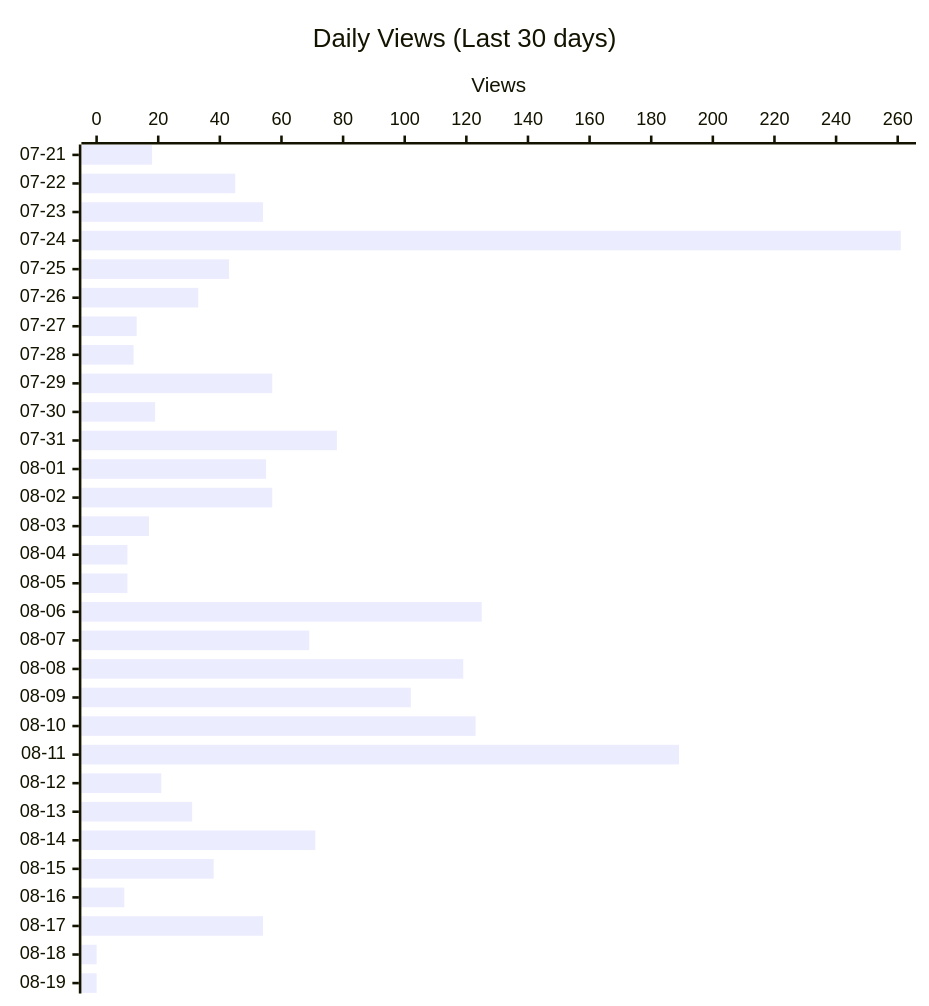
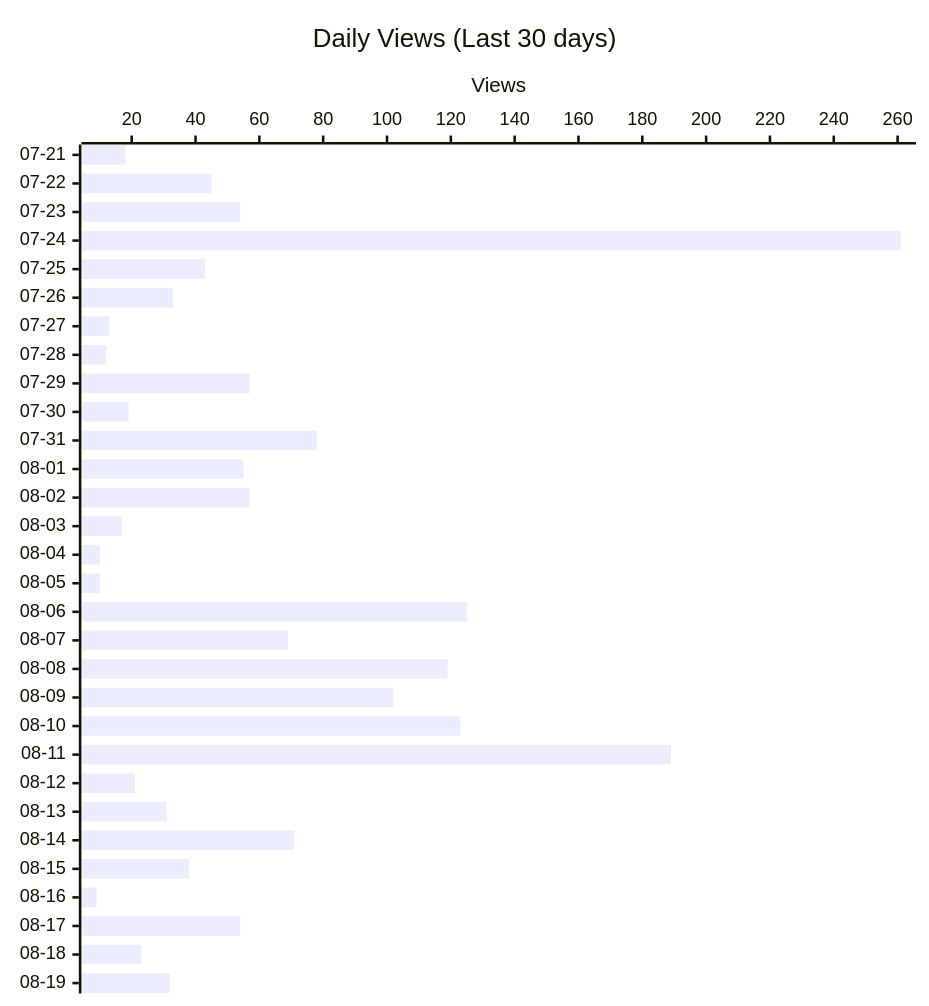
The second of 4 diagrams in README.md (shigechika/github-insights), drawn with Mermaid before and after one commit. The commit also changed other lines of this file and 2 other files, not shown here.

````diff
--- a/README.md
+++ b/README.md
@@ -28,12 +28,12 @@
 ```mermaid
 ---
 config:
   xyChart:
     height: 760
 ---
 xychart-beta horizontal
     title "Daily Views (Last 30 days)"
     x-axis ["07-21", "07-22", "07-23", "07-24", "07-25", "07-26", "07-27", "07-28", "07-29", "07-30", "07-31", "08-01", "08-02", "08-03", "08-04", "08-05", "08-06", "08-07", "08-08", "08-09", "08-10", "08-11", "08-12", "08-13", "08-14", "08-15", "08-16", "08-17", "08-18", "08-19"]
     y-axis "Views"
-    bar [18, 45, 54, 261, 43, 33, 13, 12, 57, 19, 78, 55, 57, 17, 10, 10, 125, 69, 119, 102, 123, 189, 21, 31, 71, 38, 9, 54, 0, 0]
+    bar [18, 45, 54, 261, 43, 33, 13, 12, 57, 19, 78, 55, 57, 17, 10, 10, 125, 69, 119, 102, 123, 189, 21, 31, 71, 38, 9, 54, 23, 32]
 ```
````
